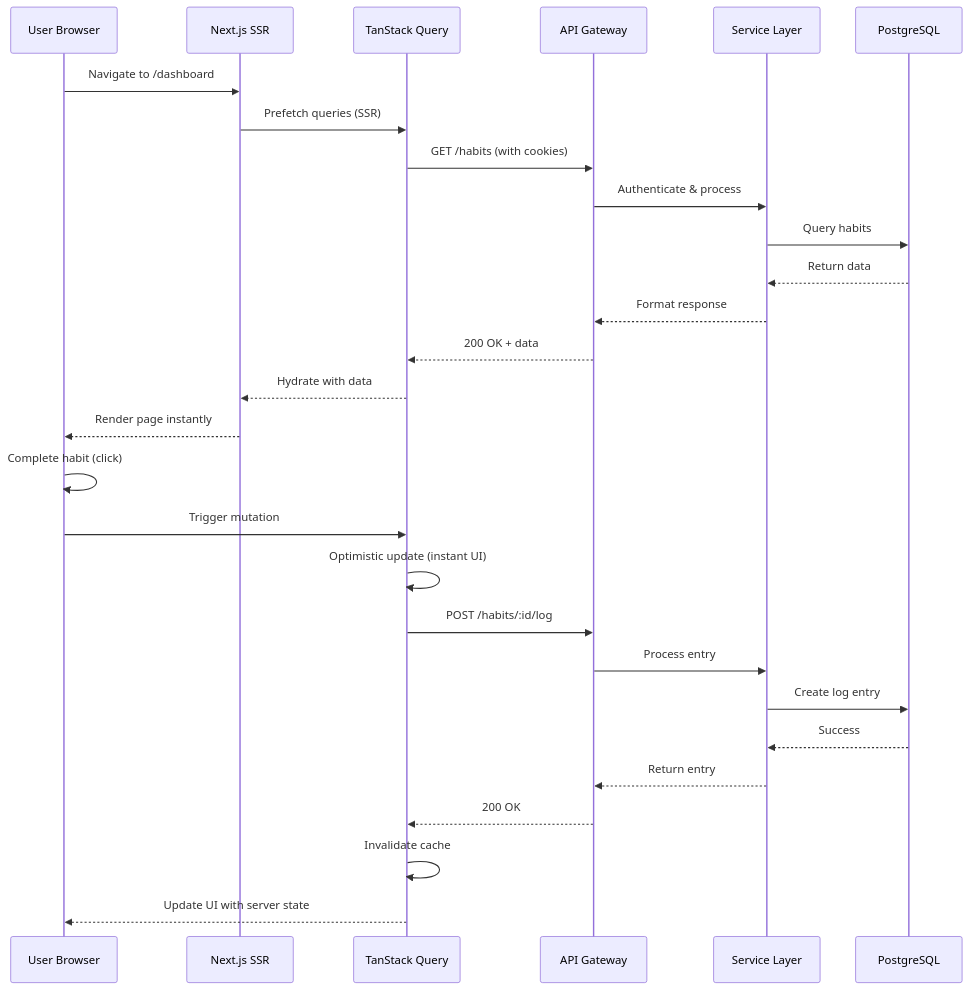
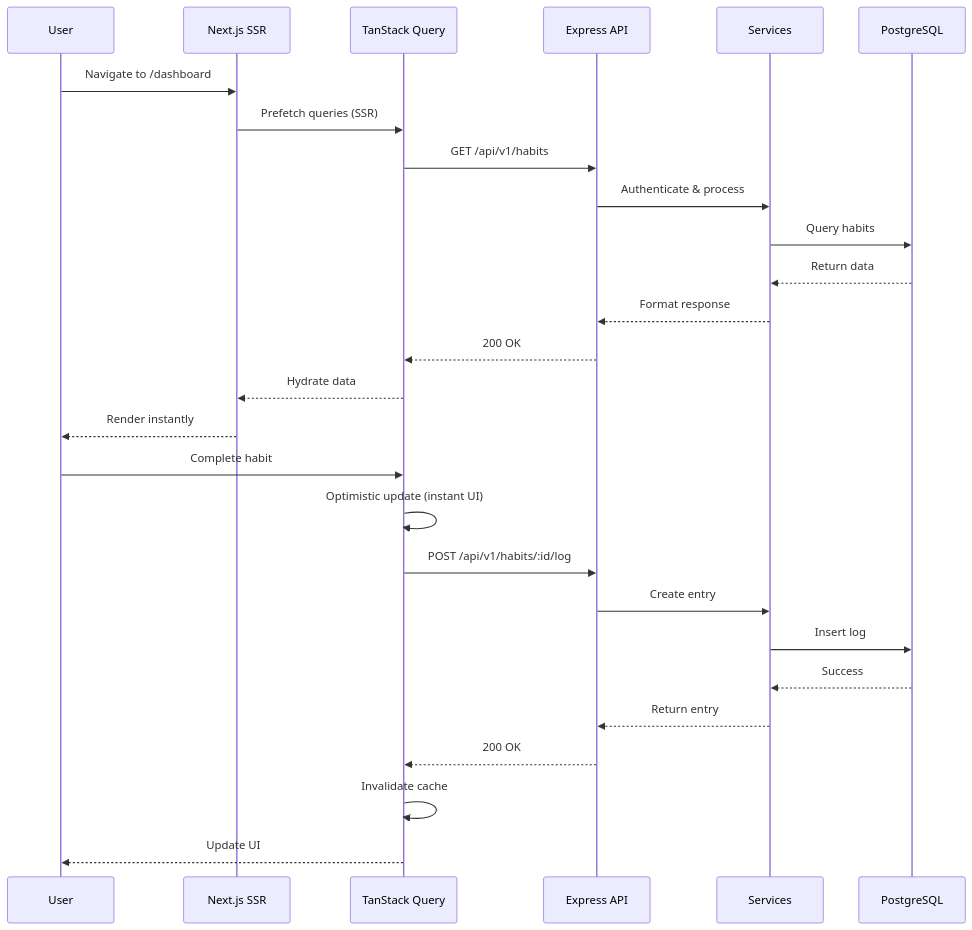
One commit to Kalpan2007/HabitEcho changed the second of 2 diagrams in README.md. Above: the diagram before and after it, drawn with Mermaid. The commit also changed other lines of this file and 20 other files, not shown here.

````diff
--- a/README.md
+++ b/README.md
@@ -155,32 +124,31 @@
 ```mermaid
 sequenceDiagram
-    participant U as User Browser
+    participant U as User
     participant N as Next.js SSR
-    participant T as TanStack Query
-    participant A as API Gateway
-    participant S as Service Layer
+    participant Q as TanStack Query
+    participant A as Express API
+    participant S as Services
     participant D as PostgreSQL
     
     U->>N: Navigate to /dashboard
-    N->>T: Prefetch queries (SSR)
-    T->>A: GET /habits (with cookies)
+    N->>Q: Prefetch queries (SSR)
+    Q->>A: GET /api/v1/habits
     A->>S: Authenticate & process
     S->>D: Query habits
     D-->>S: Return data
     S-->>A: Format response
-    A-->>T: 200 OK + data
-    T-->>N: Hydrate with data
-    N-->>U: Render page instantly
+    A-->>Q: 200 OK
+    Q-->>N: Hydrate data
+    N-->>U: Render instantly
     
-    U->>U: Complete habit (click)
-    U->>T: Trigger mutation
-    T->>T: Optimistic update (instant UI)
-    T->>A: POST /habits/:id/log
-    A->>S: Process entry
-    S->>D: Create log entry
+    U->>Q: Complete habit
+    Q->>Q: Optimistic update (instant UI)
+    Q->>A: POST /api/v1/habits/:id/log
+    A->>S: Create entry
+    S->>D: Insert log
     D-->>S: Success
     S-->>A: Return entry
-    A-->>T: 200 OK
-    T->>T: Invalidate cache
-    T-->>U: Update UI with server state
+    A-->>Q: 200 OK
+    Q->>Q: Invalidate cache
+    Q-->>U: Update UI
 ```
````
